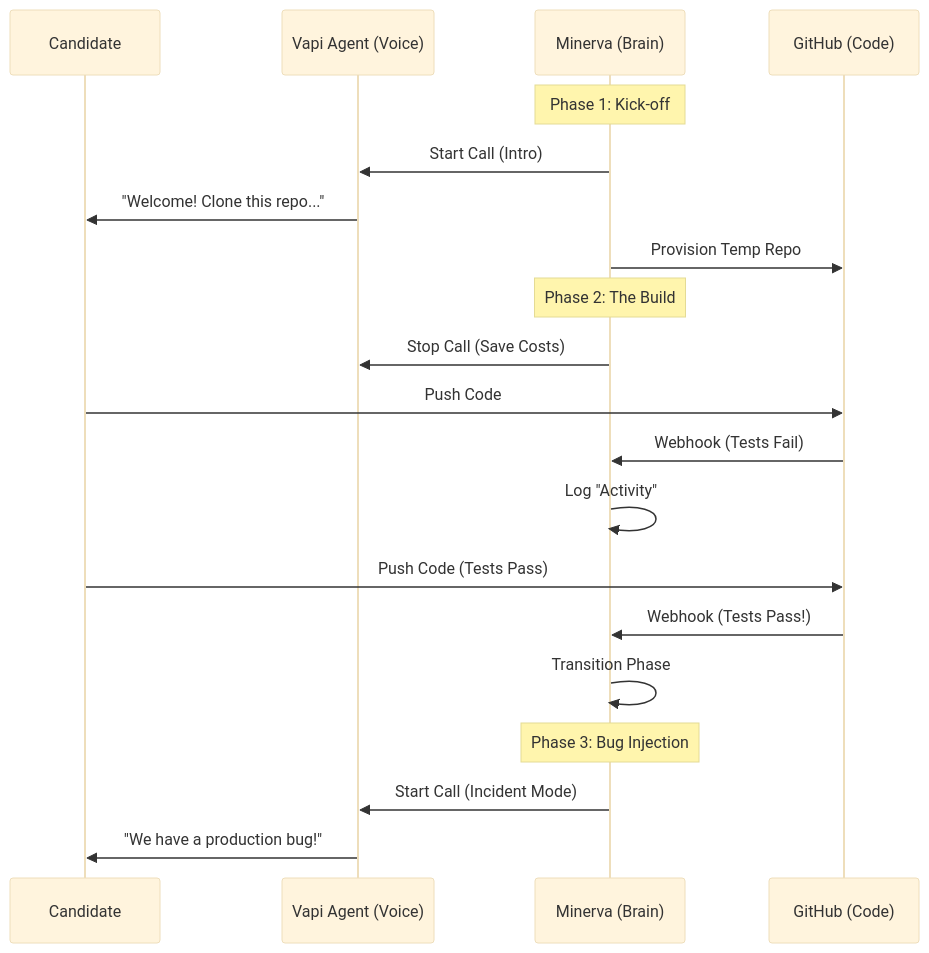
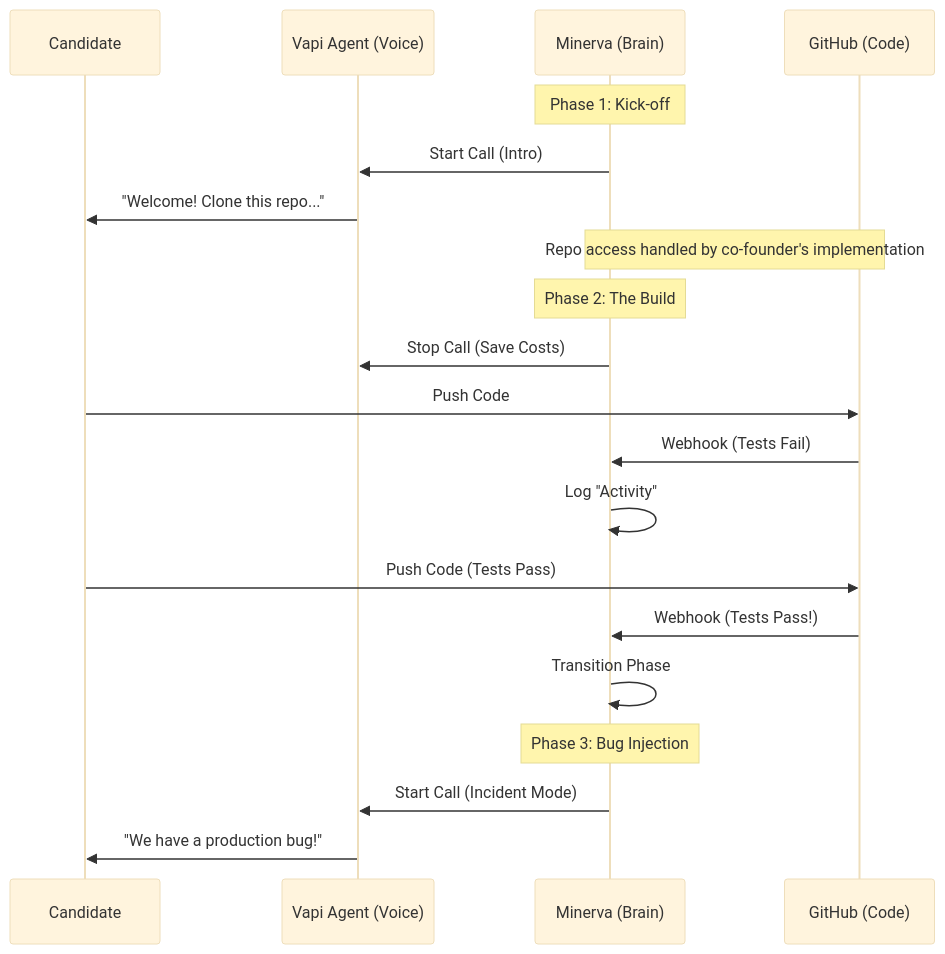
The diagram in README.md (AaronSoekiatno/ColdStart), drawn with Mermaid (base theme) before and after one commit. The commit also changed other lines of this file and 1 other file, not shown here.

First line of the commit message:
Update documentation and comments for external repo management

````diff
--- a/README.md
+++ b/README.md
@@ -11,25 +11,25 @@
 ```mermaid
 sequenceDiagram
     participant C as Candidate
     participant V as Vapi Agent (Voice)
     participant M as Minerva (Brain)
     participant G as GitHub (Code)
 
     Note over M: Phase 1: Kick-off
     M->>V: Start Call (Intro)
     V->>C: "Welcome! Clone this repo..."
-    M->>G: Provision Temp Repo
+    Note over M,G: Repo access handled by co-founder's implementation
     
     Note over M: Phase 2: The Build
     M->>V: Stop Call (Save Costs)
     C->>G: Push Code
     G->>M: Webhook (Tests Fail)
     M->>M: Log "Activity"
     C->>G: Push Code (Tests Pass)
     G->>M: Webhook (Tests Pass!)
     M->>M: Transition Phase
 
     Note over M: Phase 3: Bug Injection
     M->>V: Start Call (Incident Mode)
     V->>C: "We have a production bug!"
 ```
````
